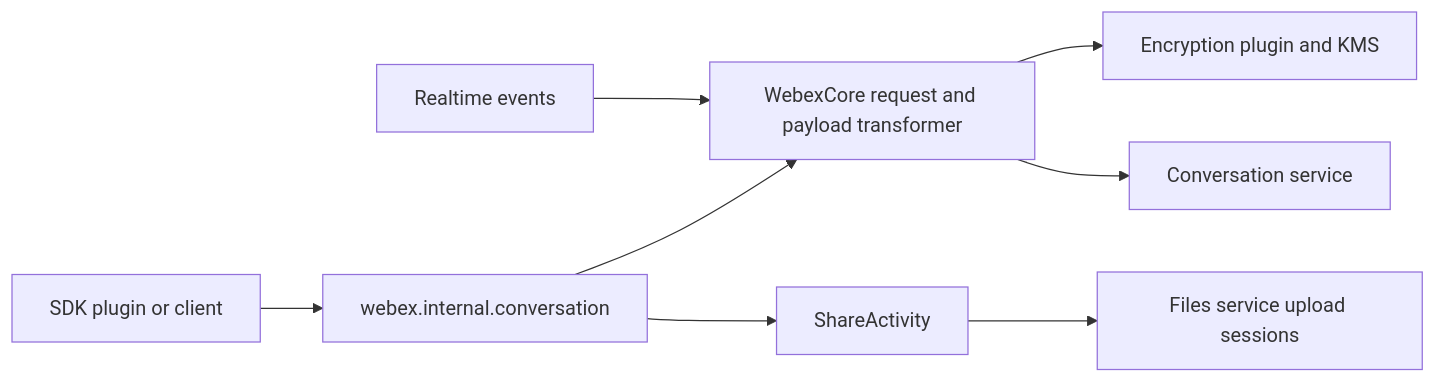
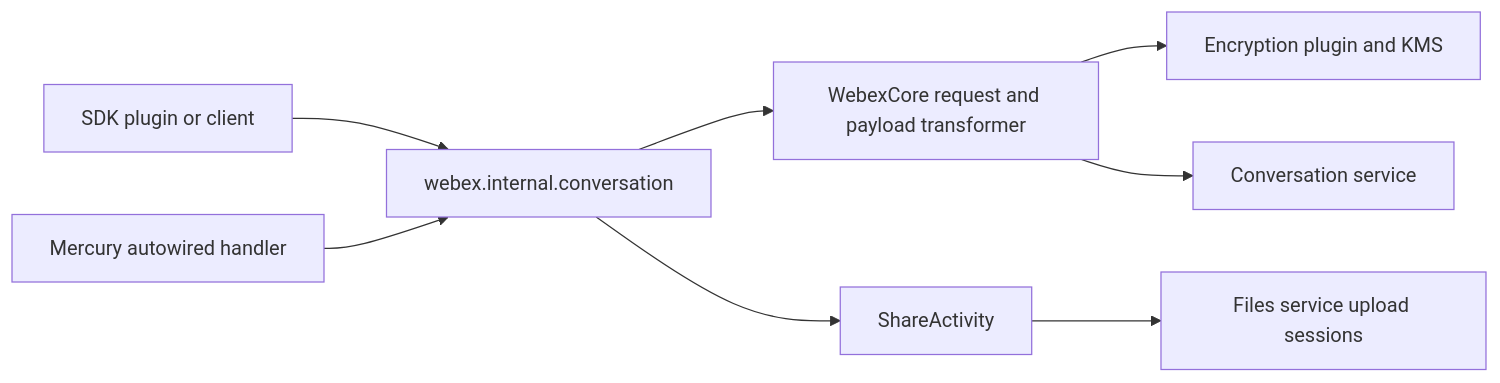
One commit to webex/webex-js-sdk changed the first of 2 diagrams in packages/@webex/internal-plugin-conversation/docs/architecture.md. Above: the diagram before and after it, drawn with Mermaid. The commit also changed other lines of this file and 11 other files, not shown here.

````diff
--- a/packages/@webex/internal-plugin-conversation/docs/architecture.md
+++ b/packages/@webex/internal-plugin-conversation/docs/architecture.md
@@ -65,10 +67,10 @@
 ```mermaid
 flowchart LR
   Caller[SDK plugin or client] --> Convo[webex.internal.conversation]
   Convo --> Core[WebexCore request and payload transformer]
   Core --> Enc[Encryption plugin and KMS]
   Core --> CS[Conversation service]
   Convo --> Share[ShareActivity]
   Share --> FS[Files service upload sessions]
-  Mercury[Realtime events] --> Core
+  Mercury[Mercury autowired handler] --> Convo
 ```
````
